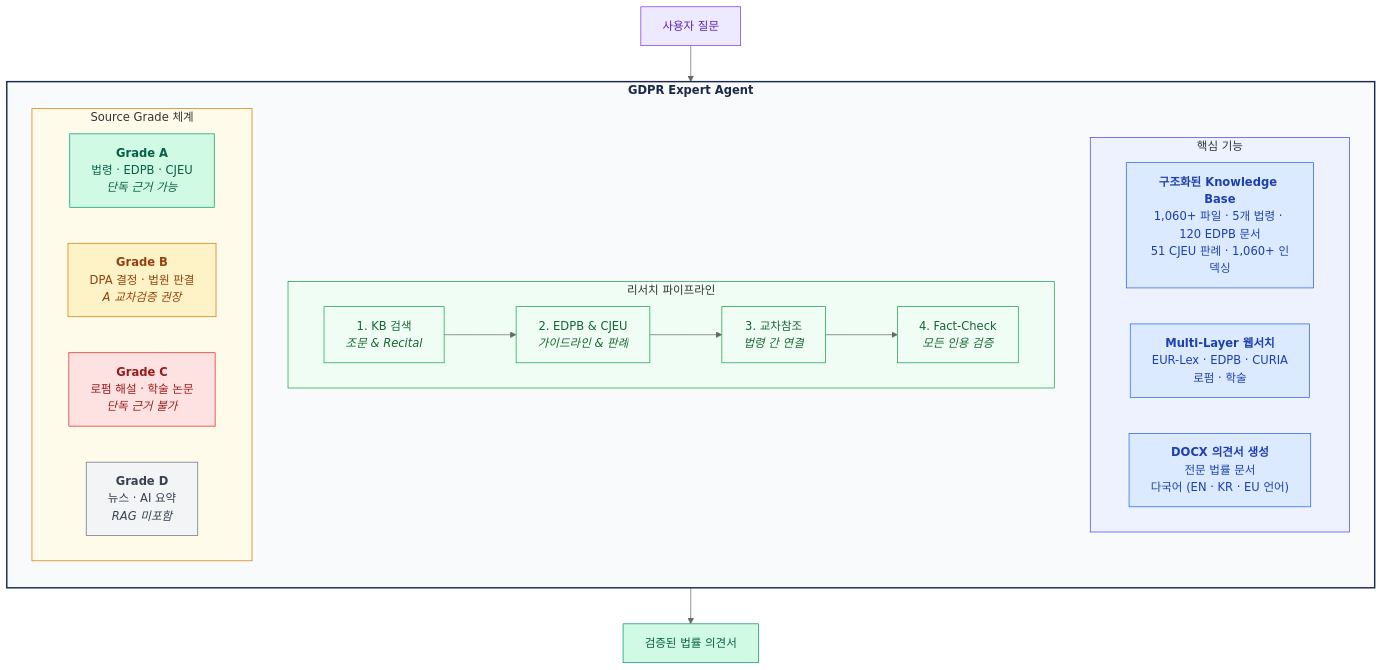
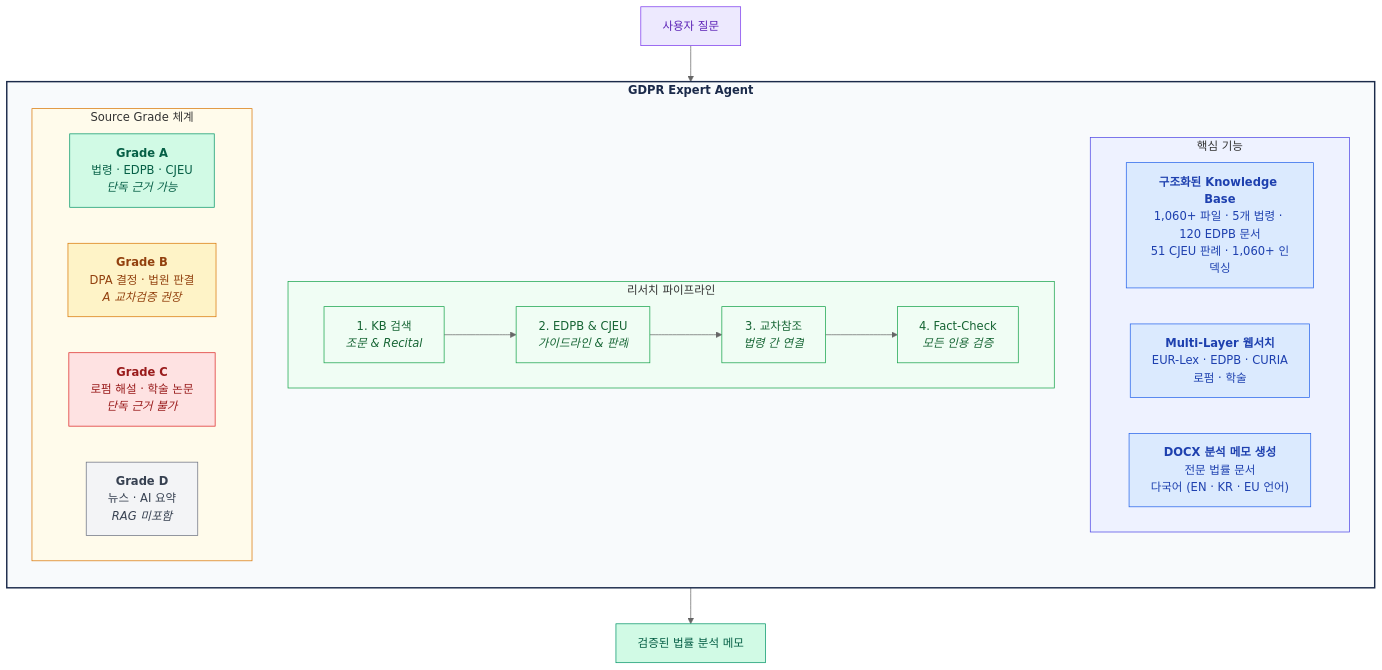
Before and after one commit to lowtidebuild/GDPR-expert: the first of 3 diagrams in README.ko.md, drawn with Mermaid (neutral theme). The commit also changed other lines of this file and 11 other files, not shown here.

````diff
--- a/README.ko.md
+++ b/README.ko.md
@@ -62,51 +62,51 @@
 ```mermaid
 graph TB
     subgraph agent["<b>GDPR Expert Agent</b>"]
         direction TB
 
         subgraph core["핵심 기능"]
             direction LR
             KB["<b>구조화된 Knowledge Base</b><br/>1,060+ 파일 · 5개 법령 · 120 EDPB 문서<br/>51 CJEU 판례 · 1,060+ 인덱싱"]
             WS["<b>Multi-Layer 웹서치</b><br/>EUR-Lex · EDPB · CURIA<br/>로펌 · 학술"]
-            DX["<b>DOCX 의견서 생성</b><br/>전문 법률 문서<br/>다국어 (EN · KR · EU 언어)"]
+            DX["<b>DOCX 분석 메모 생성</b><br/>전문 법률 문서<br/>다국어 (EN · KR · EU 언어)"]
         end
 
         subgraph pipeline["리서치 파이프라인"]
             direction LR
             S1["1. KB 검색<br/><i>조문 & Recital</i>"]
             S2["2. EDPB & CJEU<br/><i>가이드라인 & 판례</i>"]
             S3["3. 교차참조<br/><i>법령 간 연결</i>"]
             S4["4. Fact-Check<br/><i>모든 인용 검증</i>"]
             S1 --> S2 --> S3 --> S4
         end
 
         subgraph grades["Source Grade 체계"]
             direction LR
             GA["<b>Grade A</b><br/>법령 · EDPB · CJEU<br/><i>단독 근거 가능</i>"]
             GB["<b>Grade B</b><br/>DPA 결정 · 법원 판결<br/><i>A 교차검증 권장</i>"]
             GC["<b>Grade C</b><br/>로펌 해설 · 학술 논문<br/><i>단독 근거 불가</i>"]
             GD["<b>Grade D</b><br/>뉴스 · AI 요약<br/><i>RAG 미포함</i>"]
         end
     end
 
     Q["사용자 질문"] --> S1
-    S4 --> O["검증된 법률 의견서"]
+    S4 --> O["검증된 법률 분석 메모"]
 
     style agent fill:#f8fafc,stroke:#1B2A4A,stroke-width:2px,color:#1B2A4A
     style core fill:#eef2ff,stroke:#4f46e5,stroke-width:1px
     style pipeline fill:#f0fdf4,stroke:#16a34a,stroke-width:1px
     style grades fill:#fffbeb,stroke:#d97706,stroke-width:1px
     style KB fill:#dbeafe,stroke:#2563eb,color:#1e40af
     style WS fill:#dbeafe,stroke:#2563eb,color:#1e40af
     style DX fill:#dbeafe,stroke:#2563eb,color:#1e40af
     style GA fill:#d1fae5,stroke:#059669,color:#065f46
     style GB fill:#fef3c7,stroke:#d97706,color:#92400e
     style GC fill:#fee2e2,stroke:#dc2626,color:#991b1b
     style GD fill:#f3f4f6,stroke:#6b7280,color:#374151
     style Q fill:#ede9fe,stroke:#7c3aed,color:#5b21b6
     style O fill:#d1fae5,stroke:#059669,color:#065f46
     style S1 fill:#f0fdf4,stroke:#16a34a,color:#166534
     style S2 fill:#f0fdf4,stroke:#16a34a,color:#166534
     style S3 fill:#f0fdf4,stroke:#16a34a,color:#166534
     style S4 fill:#f0fdf4,stroke:#16a34a,color:#166534
 ```
````
